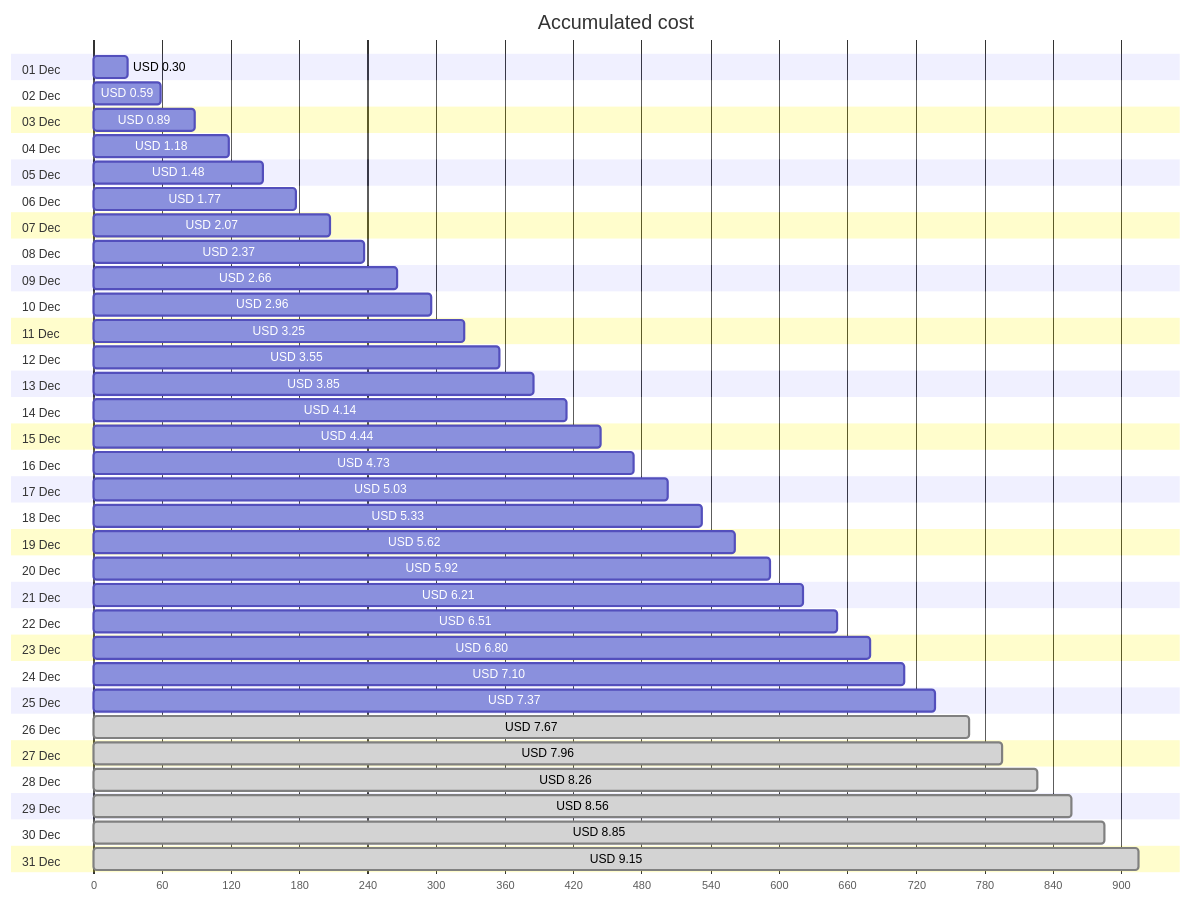
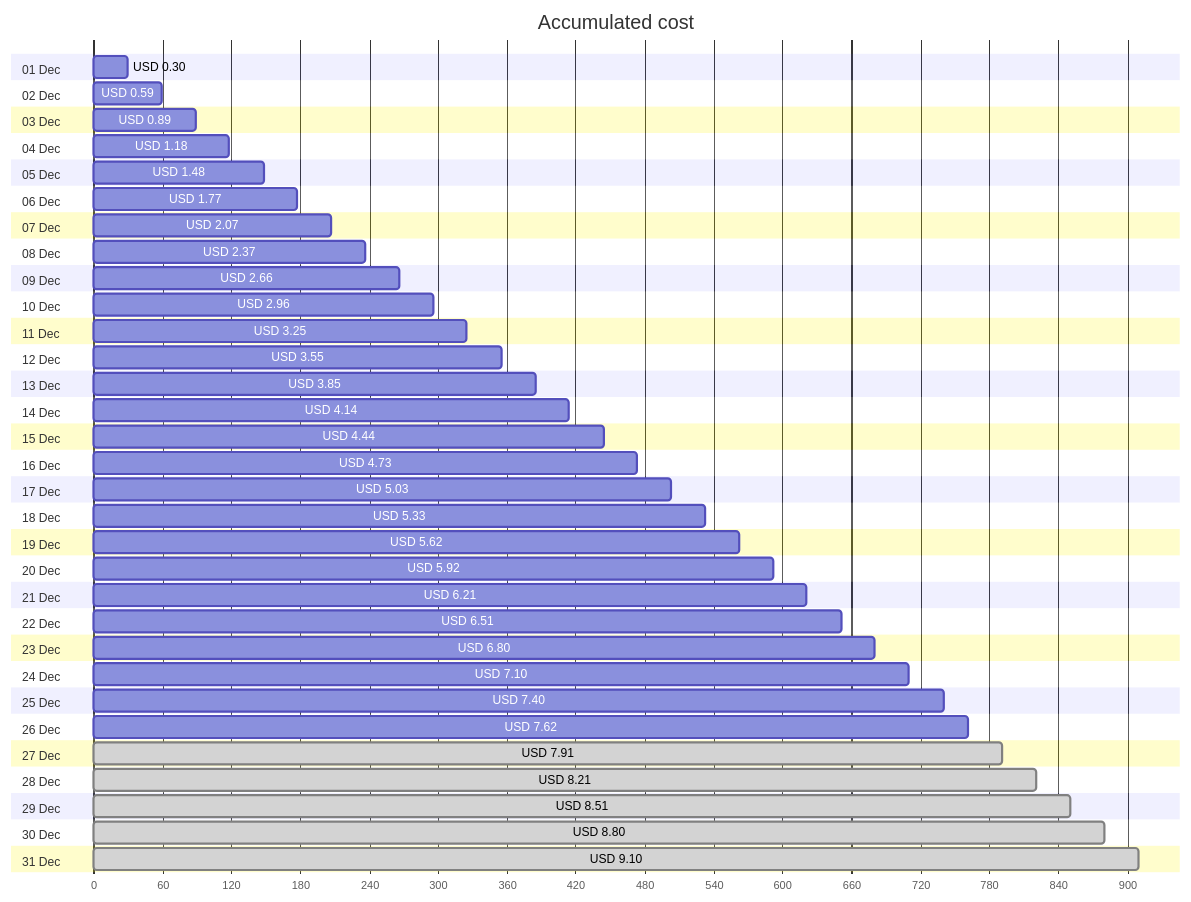
Before and after one commit to jpfulton/azure-personal-reports: the first of 4 diagrams in cost-reports/personal-site/personal-site-preview.md, drawn with Mermaid. The commit also changed other lines of this file and 6 other files, not shown here.

````diff
--- a/cost-reports/personal-site/personal-site-preview.md
+++ b/cost-reports/personal-site/personal-site-preview.md
@@ -20,68 +20,68 @@
 ```mermaid
 gantt
    title Accumulated cost
    dateFormat  X
    axisFormat %s
    section 01 Dec
    USD 0.30 :0, 30
    section 02 Dec
    USD 0.59 :0, 59
    section 03 Dec
    USD 0.89 :0, 89
    section 04 Dec
    USD 1.18 :0, 118
    section 05 Dec
    USD 1.48 :0, 148
    section 06 Dec
    USD 1.77 :0, 177
    section 07 Dec
    USD 2.07 :0, 207
    section 08 Dec
    USD 2.37 :0, 237
    section 09 Dec
    USD 2.66 :0, 266
    section 10 Dec
    USD 2.96 :0, 296
    section 11 Dec
    USD 3.25 :0, 325
    section 12 Dec
    USD 3.55 :0, 355
    section 13 Dec
    USD 3.85 :0, 385
    section 14 Dec
    USD 4.14 :0, 414
    section 15 Dec
    USD 4.44 :0, 444
    section 16 Dec
    USD 4.73 :0, 473
    section 17 Dec
    USD 5.03 :0, 503
    section 18 Dec
    USD 5.33 :0, 533
    section 19 Dec
    USD 5.62 :0, 562
    section 20 Dec
    USD 5.92 :0, 592
    section 21 Dec
    USD 6.21 :0, 621
    section 22 Dec
    USD 6.51 :0, 651
    section 23 Dec
    USD 6.80 :0, 680
    section 24 Dec
    USD 7.10 :0, 710
    section 25 Dec
-   USD 7.37 :0, 737
+   USD 7.40 :0, 740
    section 26 Dec
-   USD 7.67 : done, 0, 767
+   USD 7.62 :0, 762
    section 27 Dec
-   USD 7.96 : done, 0, 796
+   USD 7.91 : done, 0, 791
    section 28 Dec
-   USD 8.26 : done, 0, 826
+   USD 8.21 : done, 0, 821
    section 29 Dec
-   USD 8.56 : done, 0, 856
+   USD 8.51 : done, 0, 851
    section 30 Dec
-   USD 8.85 : done, 0, 885
+   USD 8.80 : done, 0, 880
    section 31 Dec
-   USD 9.15 : done, 0, 915
+   USD 9.10 : done, 0, 910
 ```
````
